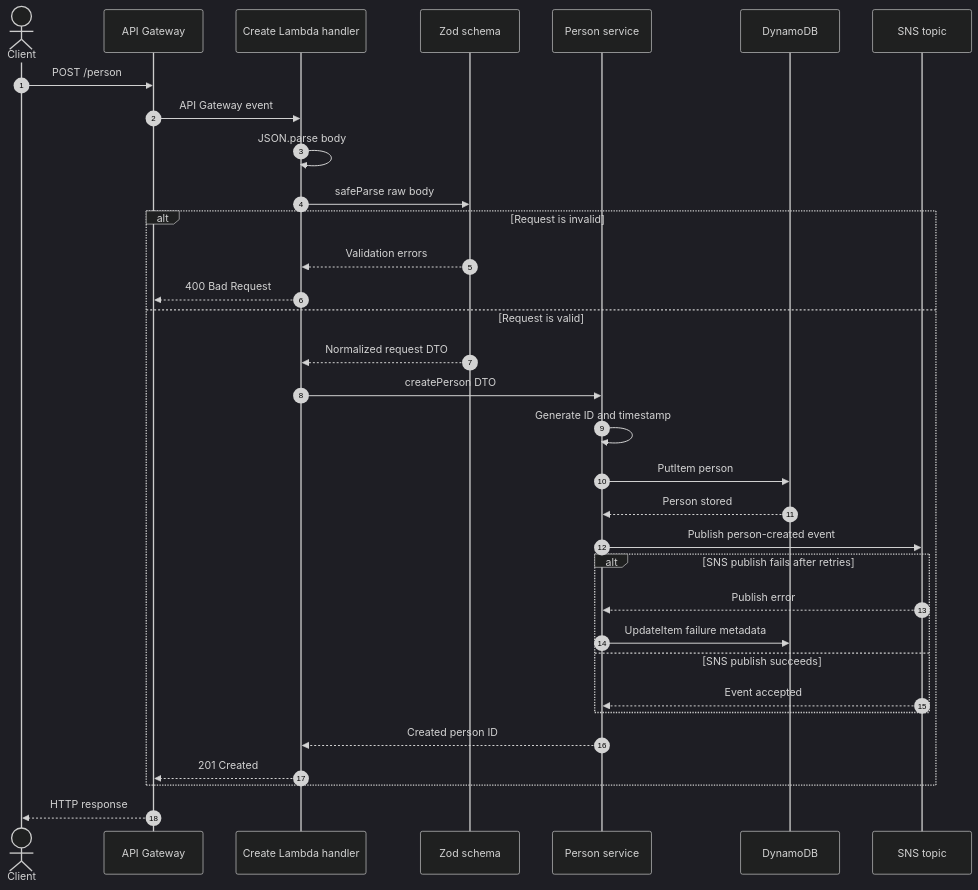
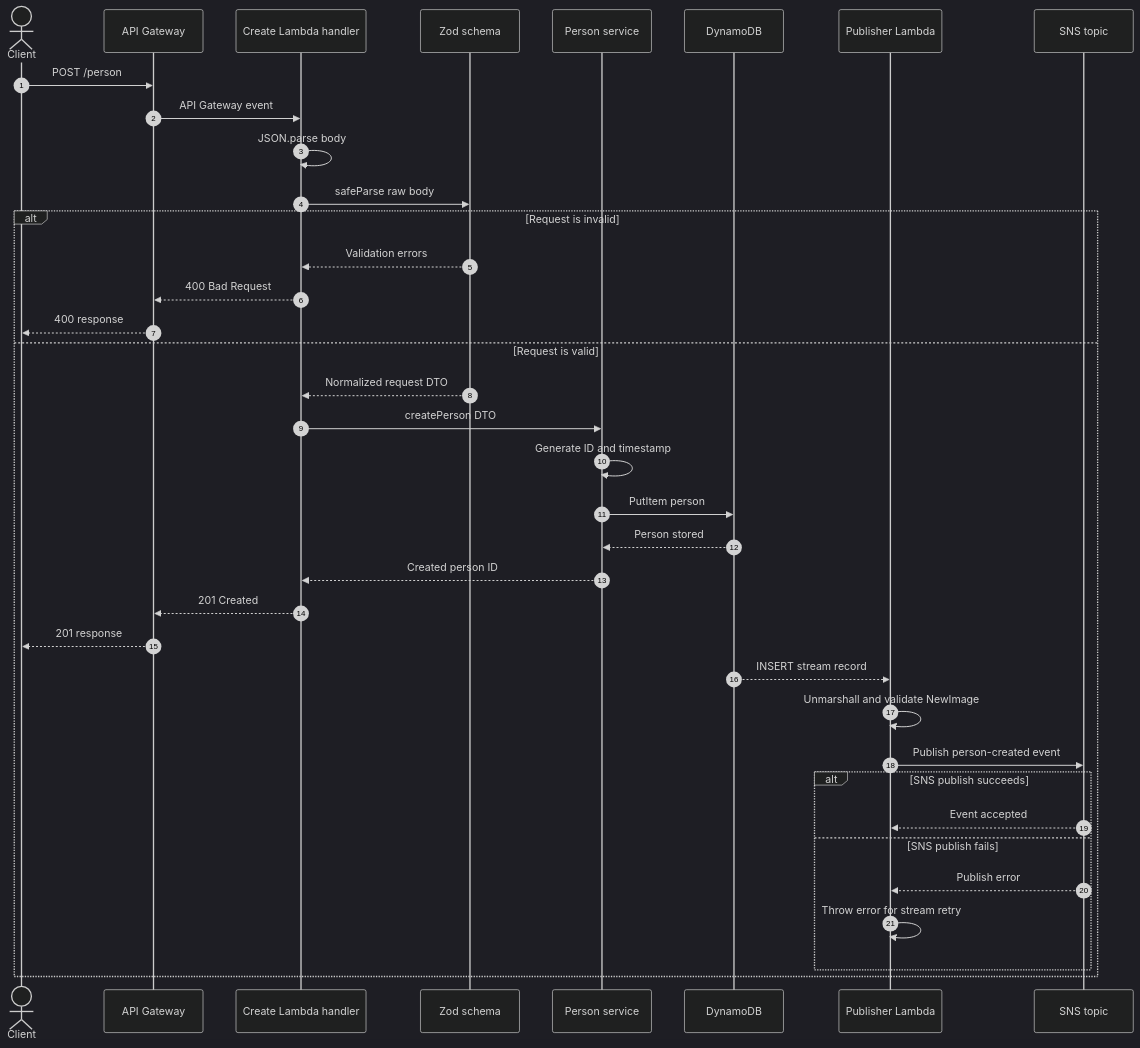
Before and after one commit to YavuzYldrm/person-service: the second of 5 diagrams in README.md, drawn with Mermaid (dark theme). The commit also changed other lines of this file and 21 other files, not shown here.

Commit message:
DynamoDB Stream and SNS publisher lambda is implemented. For worstcase scenario, alarm is implemented with email notification. Related test cases are added.

````diff
--- a/README.md
+++ b/README.md
@@ -27,40 +28,43 @@
 ```mermaid
 sequenceDiagram
     autonumber
     actor Client
     participant Api as API Gateway
     participant Handler as Create Lambda handler
     participant Validation as Zod schema
     participant Service as Person service
     participant Table as DynamoDB
+    participant Publisher as Publisher Lambda
     participant Topic as SNS topic
 
     Client->>Api: POST /person
     Api->>Handler: API Gateway event
     Handler->>Handler: JSON.parse body
     Handler->>Validation: safeParse raw body
 
     alt Request is invalid
         Validation-->>Handler: Validation errors
         Handler-->>Api: 400 Bad Request
+        Api-->>Client: 400 response
     else Request is valid
         Validation-->>Handler: Normalized request DTO
         Handler->>Service: createPerson DTO
         Service->>Service: Generate ID and timestamp
         Service->>Table: PutItem person
         Table-->>Service: Person stored
-        Service->>Topic: Publish person-created event
-
-        alt SNS publish fails after retries
-            Topic-->>Service: Publish error
-            Service->>Table: UpdateItem failure metadata
-        else SNS publish succeeds
-            Topic-->>Service: Event accepted
-        end
-
         Service-->>Handler: Created person ID
         Handler-->>Api: 201 Created
+        Api-->>Client: 201 response
+
+        Table-->>Publisher: INSERT stream record
+        Publisher->>Publisher: Unmarshall and validate NewImage
+        Publisher->>Topic: Publish person-created event
+
+        alt SNS publish succeeds
+            Topic-->>Publisher: Event accepted
+        else SNS publish fails
+            Topic-->>Publisher: Publish error
+            Publisher->>Publisher: Throw error for stream retry
+        end
     end
-
-    Api-->>Client: HTTP response
 ```
````
